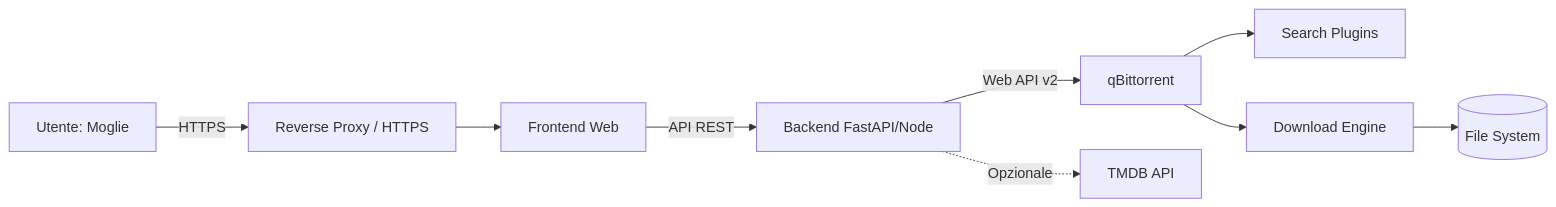
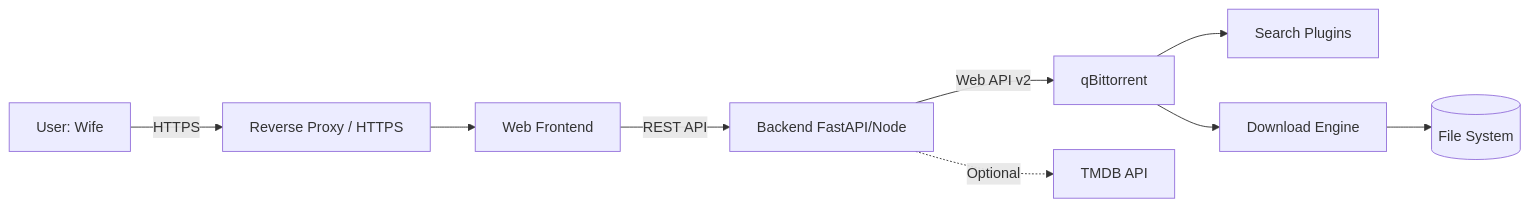
The first of 4 diagrams in qbit-wrapper.md (Emanuele94/flatflix), drawn with Mermaid before and after one commit. The commit also changed other lines of this file and 1 other file, not shown here.

````diff
--- a/qbit-wrapper.md
+++ b/qbit-wrapper.md
@@ -66,11 +66,11 @@
 ```mermaid
 flowchart LR
-    U[Utente: Moglie] -->|HTTPS| RP[Reverse Proxy / HTTPS]
-    RP --> FE[Frontend Web]
-    FE -->|API REST| BE[Backend FastAPI/Node]
+    U[User: Wife] -->|HTTPS| RP[Reverse Proxy / HTTPS]
+    RP --> FE[Web Frontend]
+    FE -->|REST API| BE[Backend FastAPI/Node]
     BE -->|Web API v2| QB[qBittorrent]
     QB --> SP[Search Plugins]
     QB --> DL[Download Engine]
     DL --> FS[(File System)]
-    BE -.->|Opzionale| TMDB[TMDB API]
+    BE -.->|Optional| TMDB[TMDB API]
 ```
````
